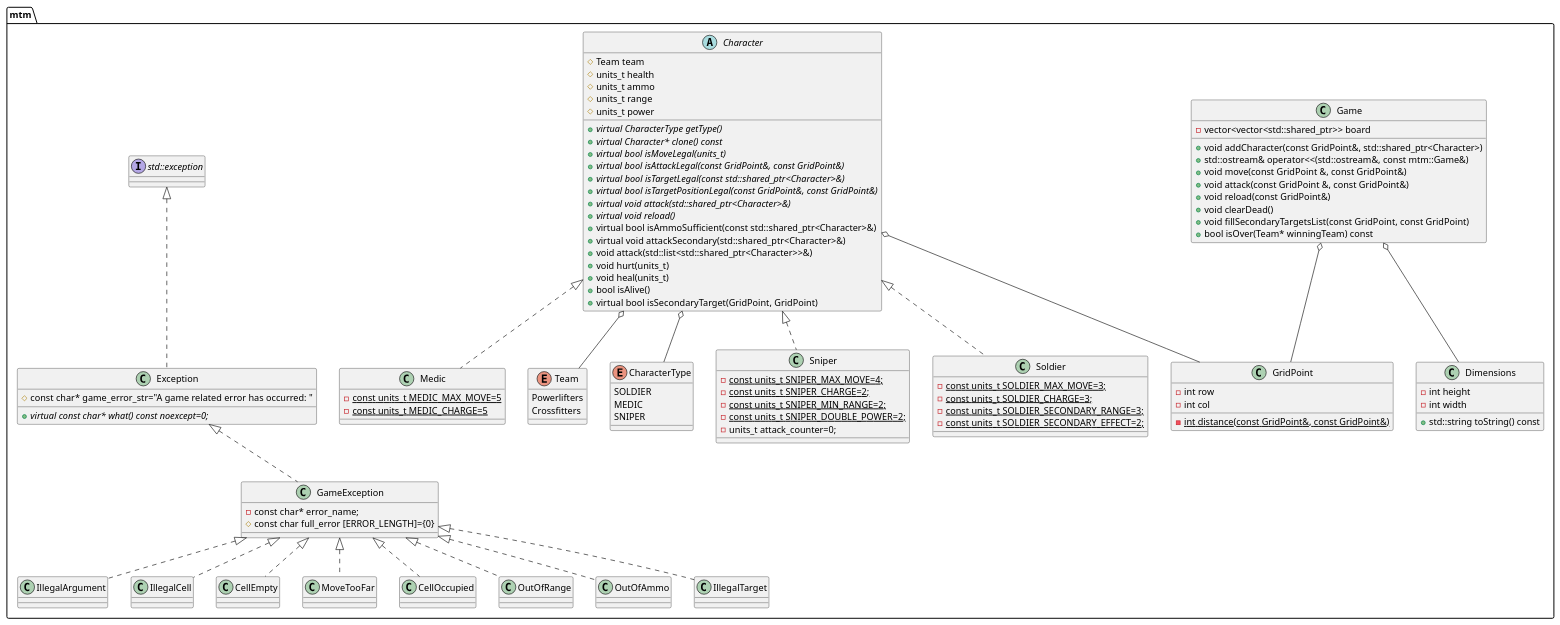
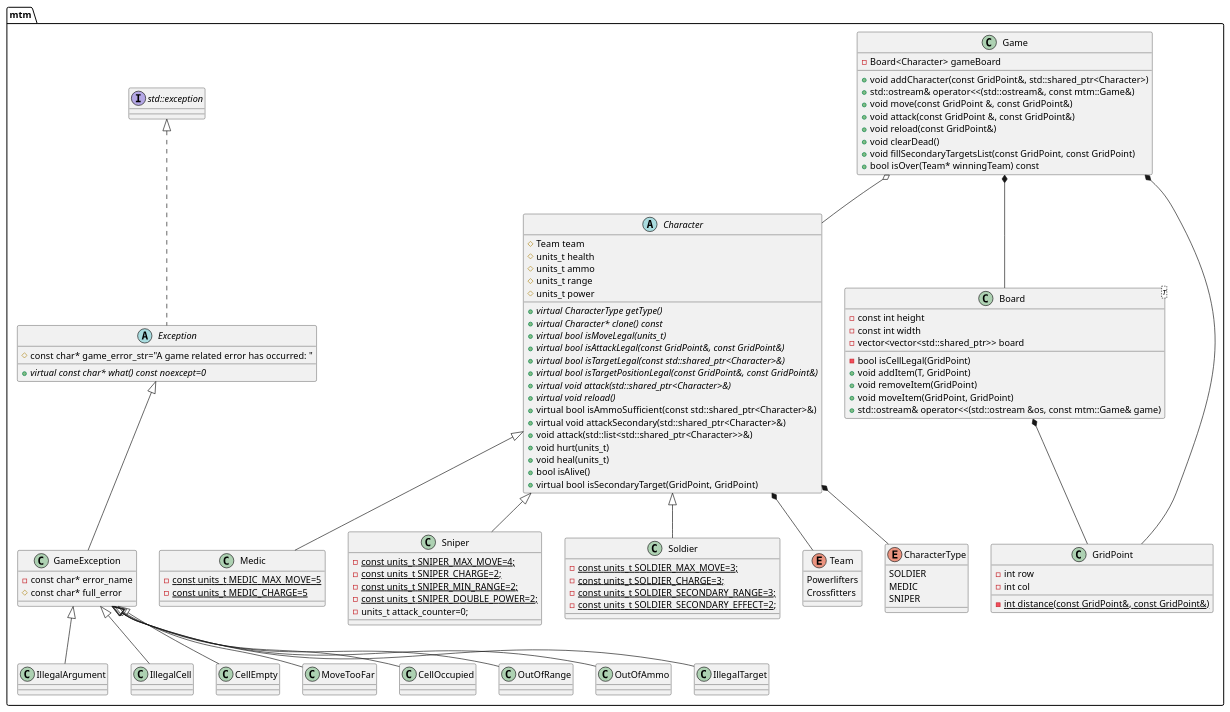
The diagram in ex2/partB/Planet-UML.puml (InonCohen/Mtm), drawn with PlantUML before and after one commit. The commit also changed 6 other files, not shown here.

```diff
--- a/ex2/partB/Planet-UML.puml
+++ b/ex2/partB/Planet-UML.puml
@@ -1,95 +1,100 @@
 @startuml
 namespace mtm{
-class Game{
-    -vector<vector<std::shared_ptr>> board
-    +void addCharacter(const GridPoint&, std::shared_ptr<Character>)
-    +std::ostream& operator<<(std::ostream&, const mtm::Game&)
-    +void move(const GridPoint &, const GridPoint&)
-    +void attack(const GridPoint &, const GridPoint&)
-    +void reload(const GridPoint&)
-    +void clearDead()
-    +void fillSecondaryTargetsList(const GridPoint, const GridPoint)
-    +bool isOver(Team* winningTeam) const
-}
 abstract class Character{
     #Team team
     #units_t health
     #units_t ammo
     #units_t range
     #units_t power
     +{abstract} virtual CharacterType getType()
     +{abstract} virtual Character* clone() const
     +{abstract} virtual bool isMoveLegal(units_t)
     +{abstract} virtual bool isAttackLegal(const GridPoint&, const GridPoint&)
     +{abstract} virtual bool isTargetLegal(const std::shared_ptr<Character>&)
     +{abstract} virtual bool isTargetPositionLegal(const GridPoint&, const GridPoint&)
     +{abstract} virtual void attack(std::shared_ptr<Character>&)
     +{abstract} virtual void reload()
     +virtual bool isAmmoSufficient(const std::shared_ptr<Character>&)
     +virtual void attackSecondary(std::shared_ptr<Character>&)
     +void attack(std::list<std::shared_ptr<Character>>&)
     +void hurt(units_t)
     +void heal(units_t)
     +bool isAlive()
     +virtual bool isSecondaryTarget(GridPoint, GridPoint)
 }
-class Medic implements Character{
+class Medic extends Character{
 	-{static} const units_t MEDIC_MAX_MOVE=5
 	-{static} const units_t MEDIC_CHARGE=5
 }
-class Sniper implements Character{
+class Sniper extends Character{
     -{static} const units_t SNIPER_MAX_MOVE=4;
     -{static} const units_t SNIPER_CHARGE=2;
     -{static} const units_t SNIPER_MIN_RANGE=2;
     -{static} const units_t SNIPER_DOUBLE_POWER=2;
     -units_t attack_counter=0;
 }
-class Soldier implements Character{
+class Soldier extends Character{
     -{static} const units_t SOLDIER_MAX_MOVE=3;
     -{static} const units_t SOLDIER_CHARGE=3;
     -{static} const units_t SOLDIER_SECONDARY_RANGE=3;
     -{static} const units_t SOLDIER_SECONDARY_EFFECT=2;
 }
+class Game{
+    -Board<Character> gameBoard
+    +void addCharacter(const GridPoint&, std::shared_ptr<Character>)
+    +std::ostream& operator<<(std::ostream&, const mtm::Game&)
+    +void move(const GridPoint &, const GridPoint&)
+    +void attack(const GridPoint &, const GridPoint&)
+    +void reload(const GridPoint&)
+    +void clearDead()
+    +void fillSecondaryTargetsList(const GridPoint, const GridPoint)
+    +bool isOver(Team* winningTeam) const
+}
+class Board<T>{
+    -const int height
+    -const int width
+    -vector<vector<std::shared_ptr>> board
+    -bool isCellLegal(GridPoint)
+    +void addItem(T, GridPoint)
+    +void removeItem(GridPoint)
+    +void moveItem(GridPoint, GridPoint)
+    +std::ostream& operator<<(std::ostream &os, const mtm::Game& game)
+}
 class GridPoint{
     -int row
     -int col
     -{static} int distance(const GridPoint&, const GridPoint&)
-}
-class Dimensions{
-    -int height
-    -int width
-    +std::string toString() const
 }
 enum Team {
     Powerlifters
     Crossfitters
 }
 enum CharacterType {
 	SOLDIER
 	MEDIC
 	SNIPER
 }
-class Exception implements std::exception {
+abstract class Exception implements std::exception {
     #const char* game_error_str="A game related error has occurred: "
-    +{abstract} virtual const char* what() const noexcept=0;
+    +{abstract} virtual const char* what() const noexcept=0
 }
-class GameException implements Exception{
-    -const char* error_name;
-    #const char full_error [ERROR_LENGTH]={0}
+class GameException extends Exception{
+    -const char* error_name
+    #const char* full_error
 }
-class IllegalArgument implements GameException{}
-class IllegalCell implements GameException{}
-class CellEmpty implements GameException{}
-class MoveTooFar implements GameException{}
-class CellOccupied implements GameException{}
-class OutOfRange implements GameException{}
-class OutOfAmmo implements GameException{}
-class IllegalTarget implements GameException{}
-Character o-- GridPoint
-Character o-- CharacterType
-Character o-- Team
-Game o-- GridPoint
-Game o-- Dimensions
+class IllegalArgument extends GameException{}
+class IllegalCell extends GameException{}
+class CellEmpty extends GameException{}
+class MoveTooFar extends GameException{}
+class CellOccupied extends GameException{}
+class OutOfRange extends GameException{}
+class OutOfAmmo extends GameException{}
+class IllegalTarget extends GameException{}
+Character *-- CharacterType
+Character *-- Team
+Game o-- Character
+Game *-- Board
+Game *-- GridPoint
+Board *-- GridPoint
 }
-
 @enduml
```
